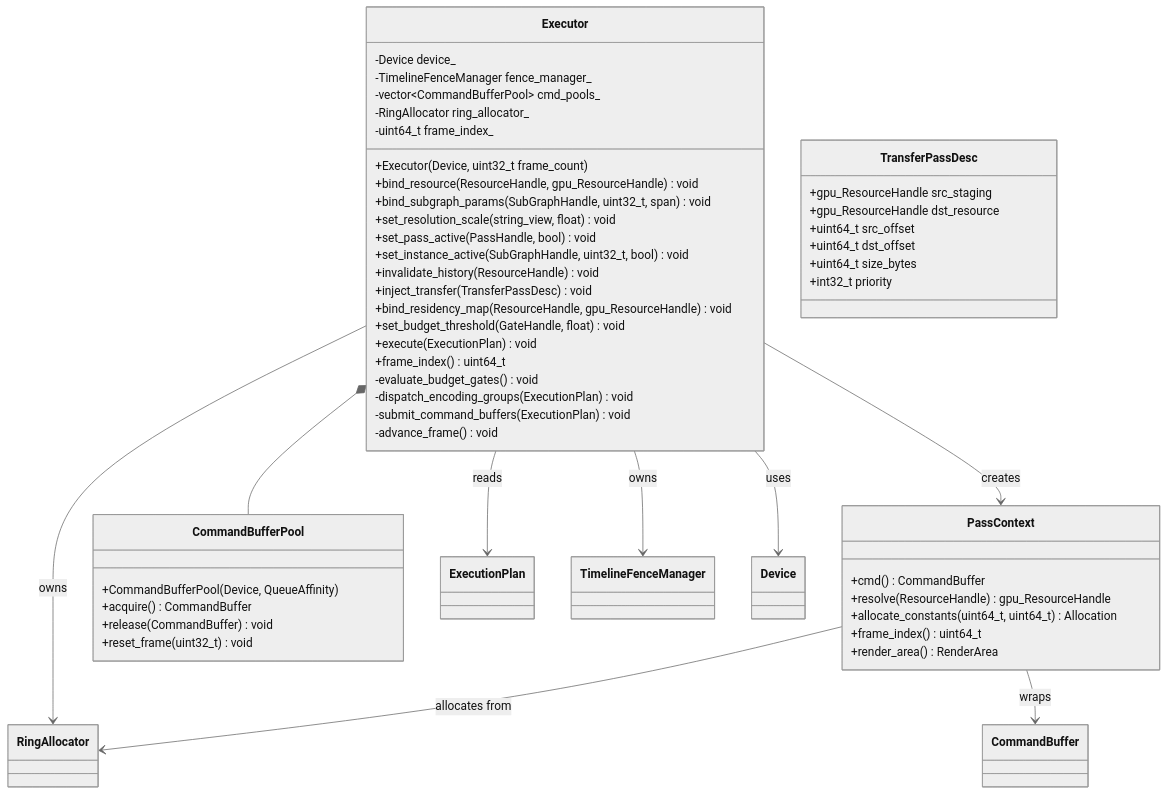
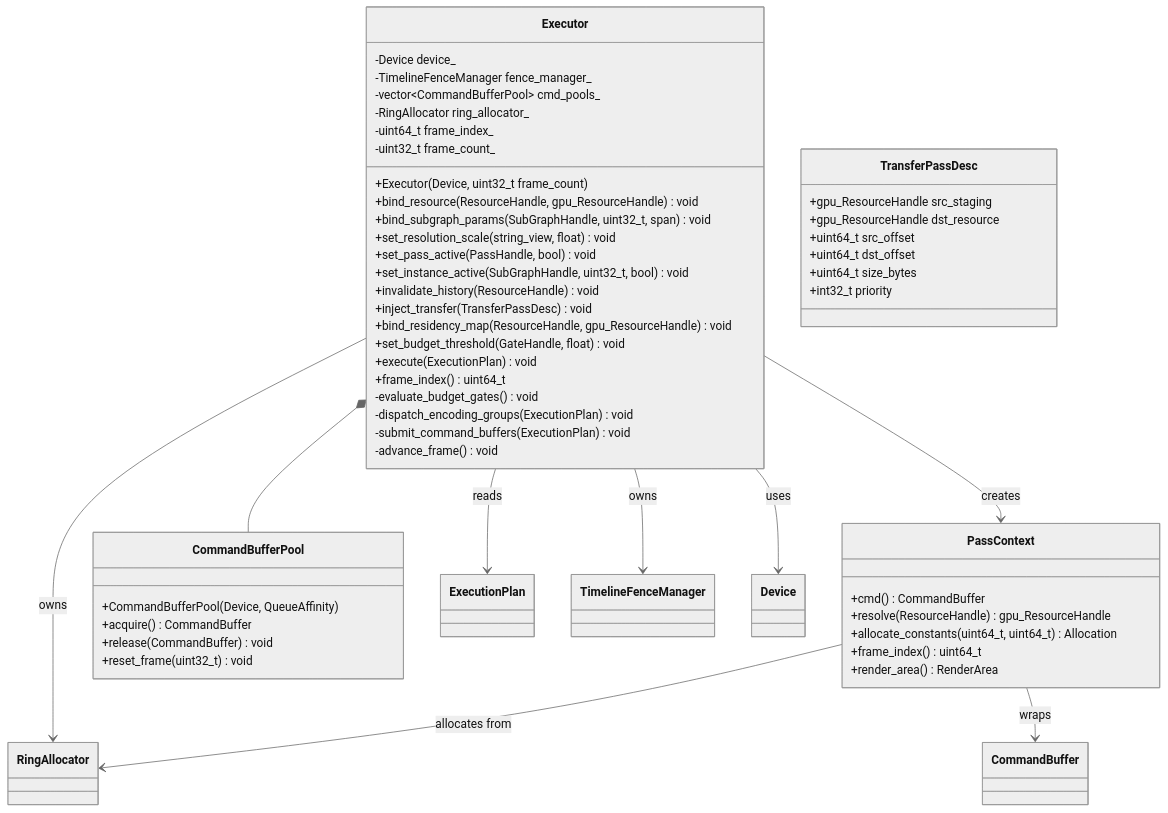
Before and after one commit to harmonius-dev/harmonius: the seventh of 15 diagrams in docs/design/render-graph-classes.md, drawn with Mermaid (neutral theme). The commit also changed other lines of this file and 26 other files, not shown here.

Commit message:
Add class diagrams and update CMake config

````diff
--- a/docs/design/render-graph-classes.md
+++ b/docs/design/render-graph-classes.md
@@ -422,56 +575,57 @@
 ```mermaid
 classDiagram
     class Executor {
         +Executor(Device, uint32_t frame_count)
         +bind_resource(ResourceHandle, gpu_ResourceHandle) void
         +bind_subgraph_params(SubGraphHandle, uint32_t, span) void
         +set_resolution_scale(string_view, float) void
         +set_pass_active(PassHandle, bool) void
         +set_instance_active(SubGraphHandle, uint32_t, bool) void
         +invalidate_history(ResourceHandle) void
         +inject_transfer(TransferPassDesc) void
         +bind_residency_map(ResourceHandle, gpu_ResourceHandle) void
         +set_budget_threshold(GateHandle, float) void
         +execute(ExecutionPlan) void
         +frame_index() uint64_t
         -evaluate_budget_gates() void
         -dispatch_encoding_groups(ExecutionPlan) void
         -submit_command_buffers(ExecutionPlan) void
         -advance_frame() void
         -Device device_
         -TimelineFenceManager fence_manager_
         -vector~CommandBufferPool~ cmd_pools_
         -RingAllocator ring_allocator_
         -uint64_t frame_index_
+        -uint32_t frame_count_
     }
     class PassContext {
         +cmd() CommandBuffer
         +resolve(ResourceHandle) gpu_ResourceHandle
         +allocate_constants(uint64_t, uint64_t) Allocation
         +frame_index() uint64_t
         +render_area() RenderArea
     }
     class CommandBufferPool {
         +CommandBufferPool(Device, QueueAffinity)
         +acquire() CommandBuffer
         +release(CommandBuffer) void
         +reset_frame(uint32_t) void
     }
     class TransferPassDesc {
         +gpu_ResourceHandle src_staging
         +gpu_ResourceHandle dst_resource
         +uint64_t src_offset
         +uint64_t dst_offset
         +uint64_t size_bytes
         +int32_t priority
     }
 
     Executor --> ExecutionPlan : reads
     Executor --> TimelineFenceManager : owns
     Executor *-- CommandBufferPool
     Executor --> RingAllocator : owns
     Executor --> PassContext : creates
     Executor --> Device : uses
     PassContext --> CommandBuffer : wraps
     PassContext --> RingAllocator : allocates from
 ```
````
